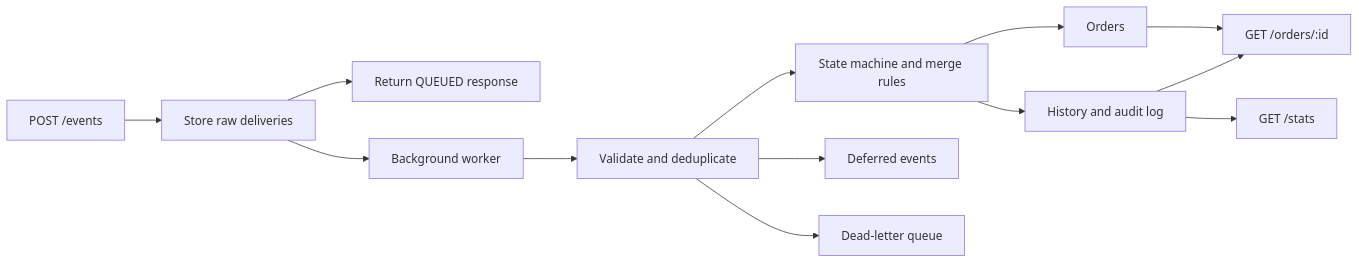
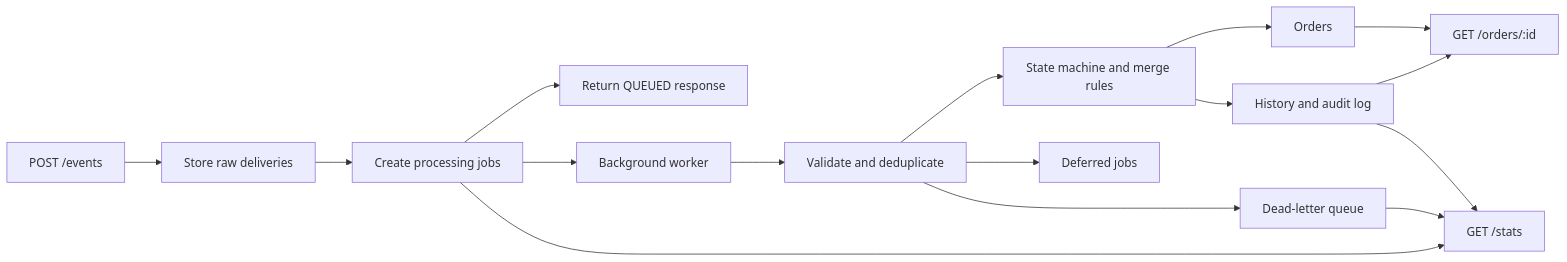
The diagram in docs/README.md (julianowicka/event-processing-engine), drawn with Mermaid before and after one commit. The commit also changed other lines of this file and 14 other files, not shown here.

Commit message:
docs: document the event processing engine architecture

````diff
--- a/docs/README.md
+++ b/docs/README.md
@@ -29,15 +31,18 @@
 ```mermaid
 flowchart LR
     A["POST /events"] --> B["Store raw deliveries"]
-    B --> C["Return QUEUED response"]
-    B --> D["Background worker"]
-    D --> E["Validate and deduplicate"]
-    E --> F["State machine and merge rules"]
-    F --> G["Orders"]
-    F --> H["History and audit log"]
-    E --> I["Deferred events"]
-    E --> J["Dead-letter queue"]
-    G --> K["GET /orders/:id"]
-    H --> K
-    H --> L["GET /stats"]
+    B --> C["Create processing jobs"]
+    C --> D["Return QUEUED response"]
+    C --> E["Background worker"]
+    E --> F["Validate and deduplicate"]
+    F --> G["State machine and merge rules"]
+    G --> H["Orders"]
+    G --> I["History and audit log"]
+    F --> J["Deferred jobs"]
+    F --> K["Dead-letter queue"]
+    H --> L["GET /orders/:id"]
+    I --> L
+    C --> M["GET /stats"]
+    I --> M
+    K --> M
 ```
````
